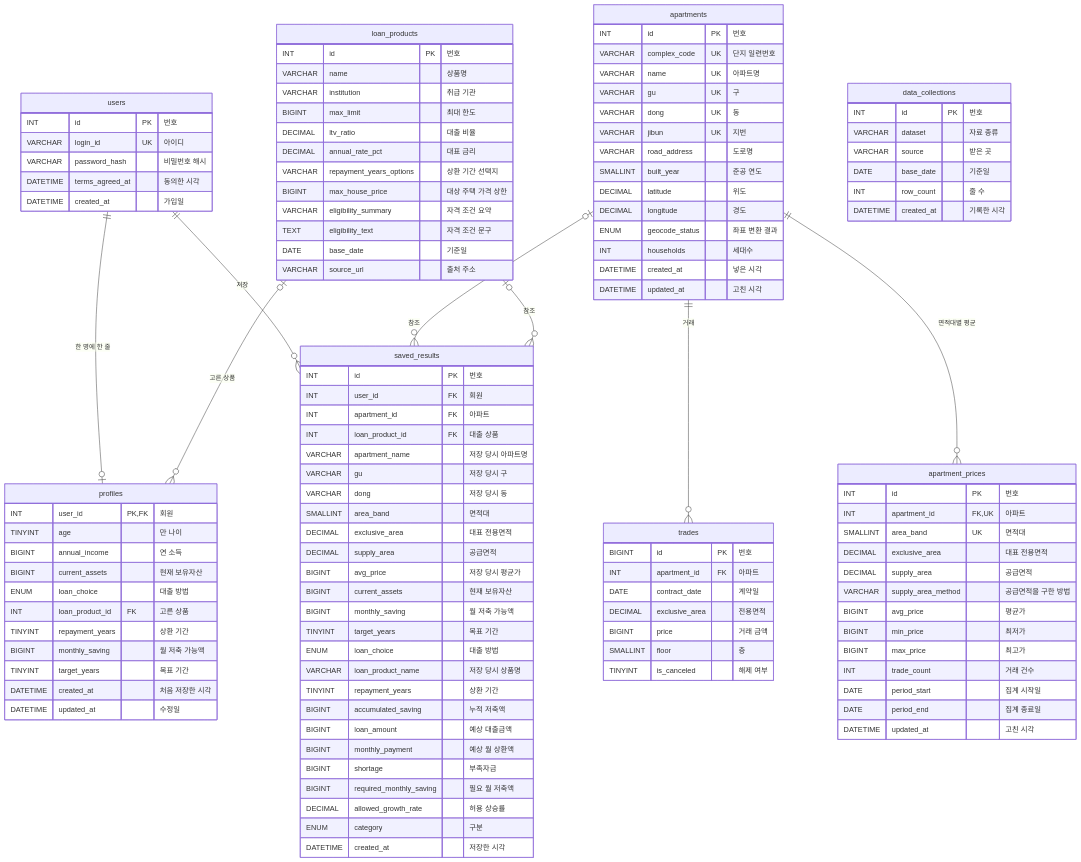
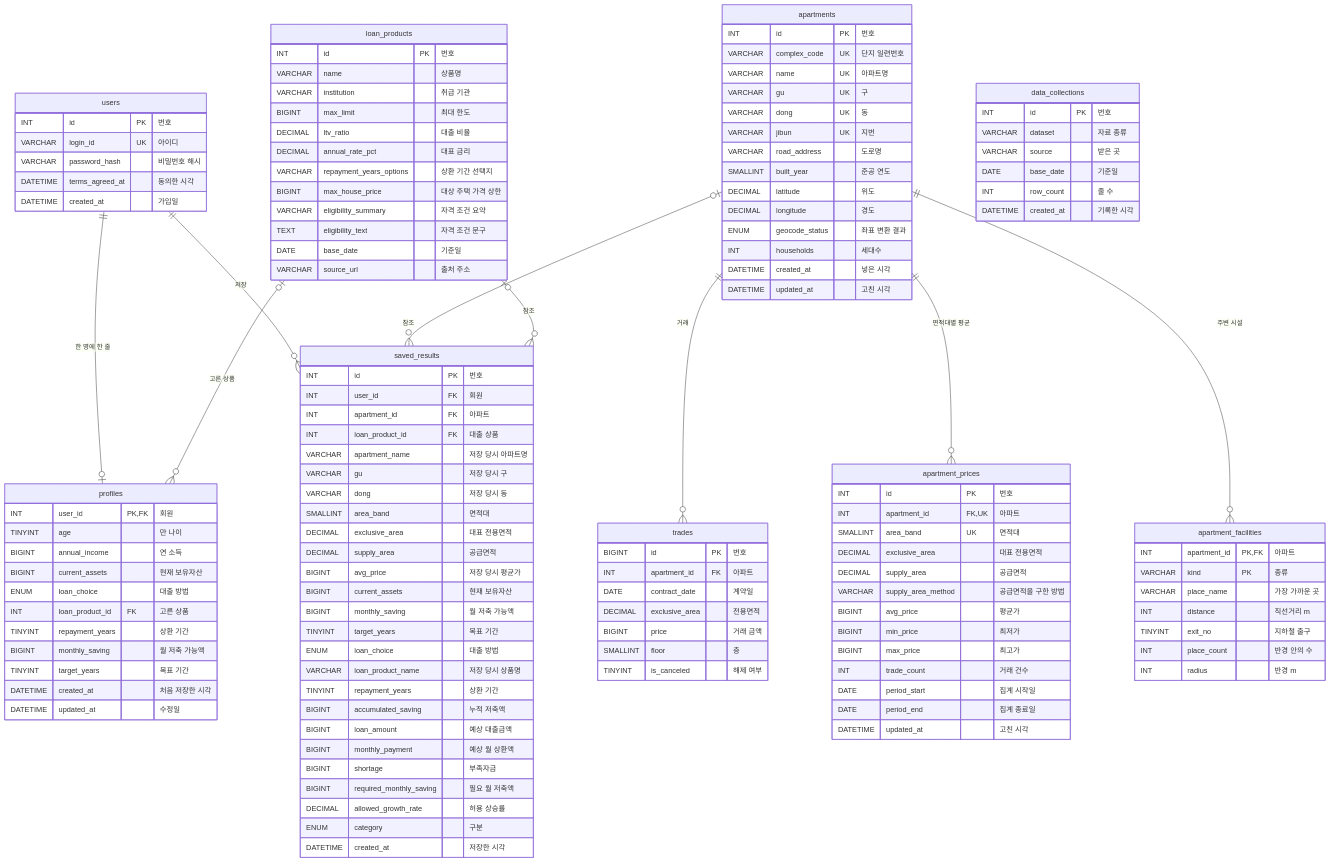
The diagram in docs/04_database_design.md (qkrcodms98-beep/Money_to_Home), drawn with Mermaid before and after one commit. The commit also changed other lines of this file and 16 other files, not shown here.

```diff
--- a/docs/04_database_design.md
+++ b/docs/04_database_design.md
@@ -75,6 +76,7 @@
     loan_products |o--o{ profiles : "고른 상품"
     apartments ||--o{ trades : "거래"
     apartments ||--o{ apartment_prices : "면적대별 평균"
+    apartments ||--o{ apartment_facilities : "주변 시설"
     users ||--o{ saved_results : "저장"
     apartments |o--o{ saved_results : "참조"
     loan_products |o--o{ saved_results : "참조"
@@ -153,6 +155,15 @@
         DATE period_end "집계 종료일"
         DATETIME updated_at "고친 시각"
     }
+    apartment_facilities {
+        INT apartment_id PK, FK "아파트"
+        VARCHAR kind PK "종류"
+        VARCHAR place_name "가장 가까운 곳"
+        INT distance "직선거리 m"
+        TINYINT exit_no "지하철 출구"
+        INT place_count "반경 안의 수"
+        INT radius "반경 m"
+    }
     data_collections {
         INT id PK "번호"
         VARCHAR dataset "자료 종류"
```
